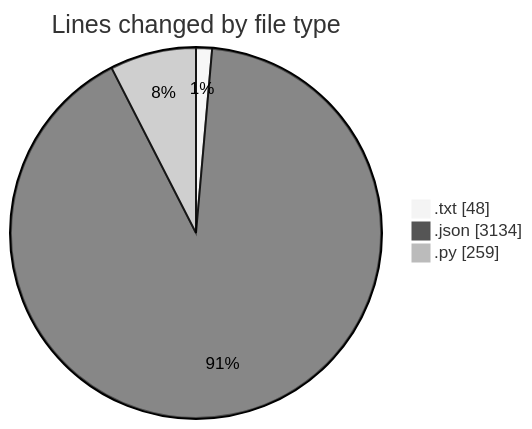
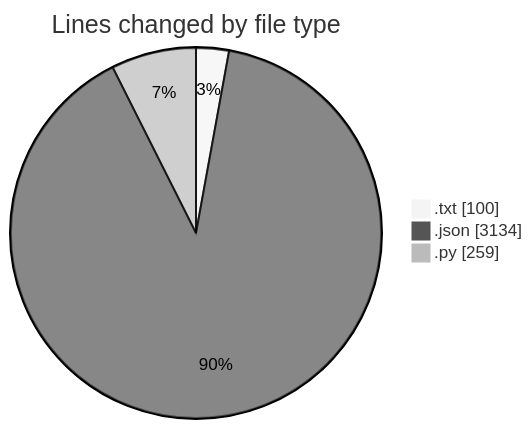
One commit to MatusMokan/code-tracking changed the first of 2 diagrams in 2025-04-30/myws__workspace_/README.md. Above: the diagram before and after it, drawn with Mermaid (neutral theme). The commit also changed other lines of this file and 1 other file, not shown here.

````diff
--- a/2025-04-30/myws__workspace_/README.md
+++ b/2025-04-30/myws__workspace_/README.md
@@ -26,7 +27,7 @@
 ```mermaid
 pie showData
 title Lines changed by file type
-".txt" : 48
+".txt" : 100
 ".json" : 3134
 ".py" : 259
 ```
````
